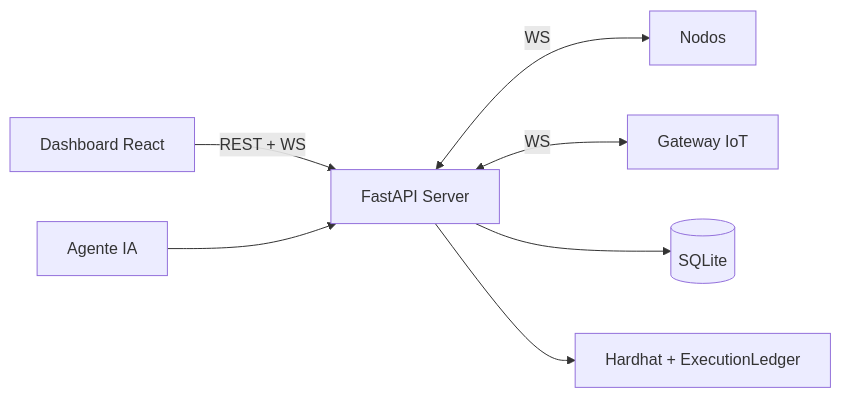
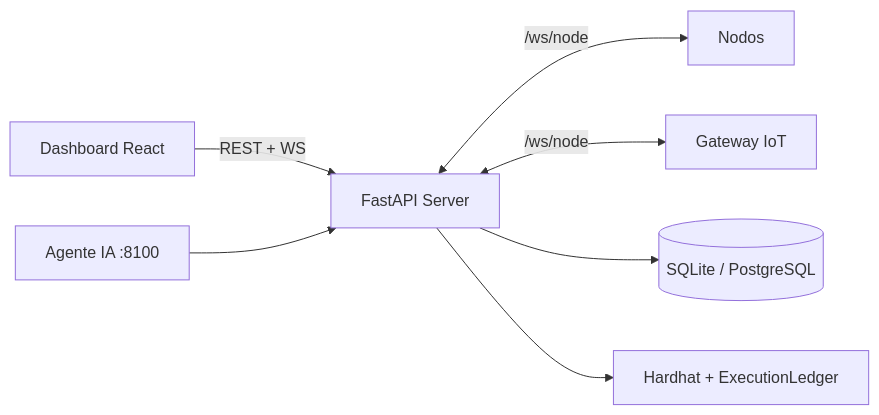
The diagram in docs/GUIA_COMPLETA.md (ybedoyab/aligo-c2), drawn with Mermaid before and after one commit. The commit also changed other lines of this file, not shown here.

````diff
--- a/docs/GUIA_COMPLETA.md
+++ b/docs/GUIA_COMPLETA.md
@@ -50,9 +50,9 @@
 ```mermaid
 flowchart LR
   UI["Dashboard React"] -->|"REST + WS"| SRV["FastAPI Server"]
-  AG["Agente IA"] --> SRV
-  SRV <-->|WS| N1["Nodos"]
-  SRV <-->|WS| GW["Gateway IoT"]
-  SRV --> DB[("SQLite")]
+  AG["Agente IA :8100"] --> SRV
+  SRV <-->|"/ws/node"| N1["Nodos"]
+  SRV <-->|"/ws/node"| GW["Gateway IoT"]
+  SRV --> DB[("SQLite / PostgreSQL")]
   SRV --> CH["Hardhat + ExecutionLedger"]
 ```
````
